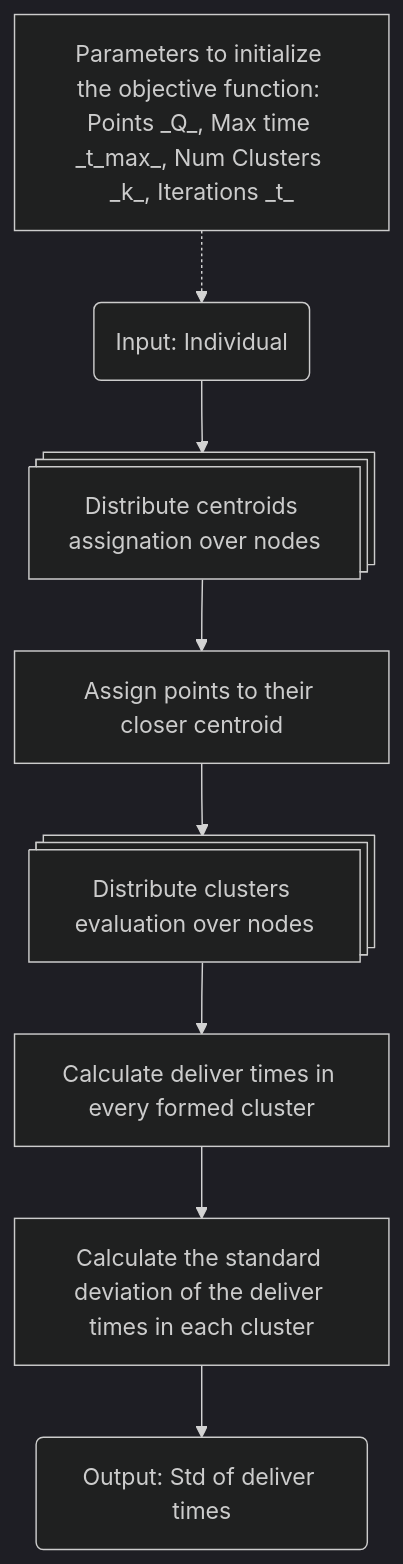
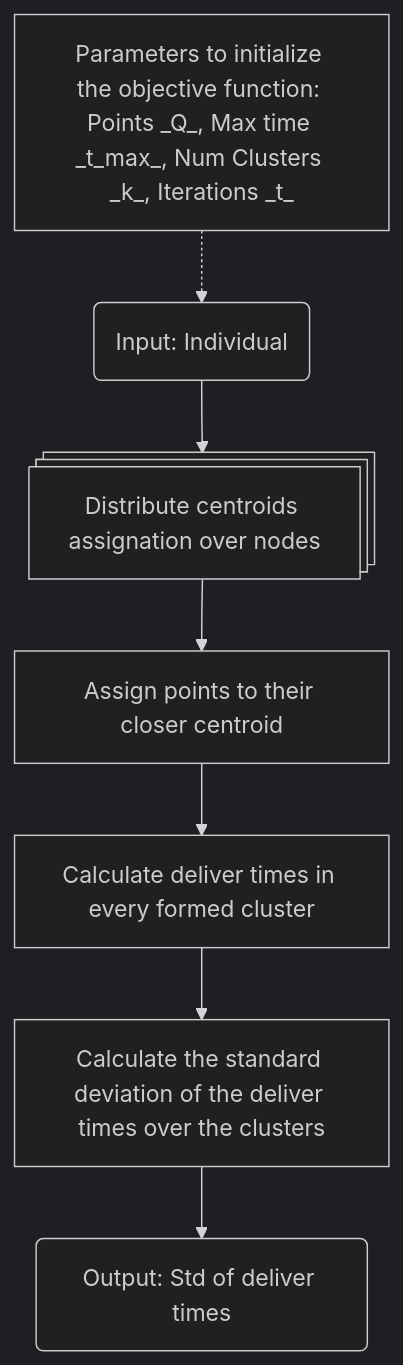
One commit to alexisuaguilaru/DeliveryLogisticProblem changed the diagram in README.md. Above: the diagram before and after it, drawn with Mermaid (dark theme). The commit also changed other lines of this file and 3 other files, not shown here.

````diff
--- a/README.md
+++ b/README.md
@@ -44,19 +44,17 @@
 ```mermaid
 flowchart TD
     InitFunction[Parameters to initialize the objective function: Points _Q_, Max time _t_max_, Num Clusters _k_, Iterations _t_]
     Start(Input: Individual)
     AssignDistribution@{ shape: processes, label: "Distribute centroids assignation over nodes" }
     Assign[Assign points to their closer centroid]
-    EvalClusterDistribution@{ shape: processes, label: "Distribute clusters evaluation over nodes" }
     EvalClusters[Calculate deliver times in every formed cluster]
-    CalcFitness[Calculate the standard deviation of the deliver times in each cluster]
+    CalcFitness[Calculate the standard deviation of the deliver times over the clusters]
     End(Output: Std of deliver times)
     
     InitFunction .-> Start
     Start --> AssignDistribution
     AssignDistribution --> Assign
-    Assign --> EvalClusterDistribution
-    EvalClusterDistribution --> EvalClusters
+    Assign --> EvalClusters
     EvalClusters --> CalcFitness
     CalcFitness --> End
 ```
````
